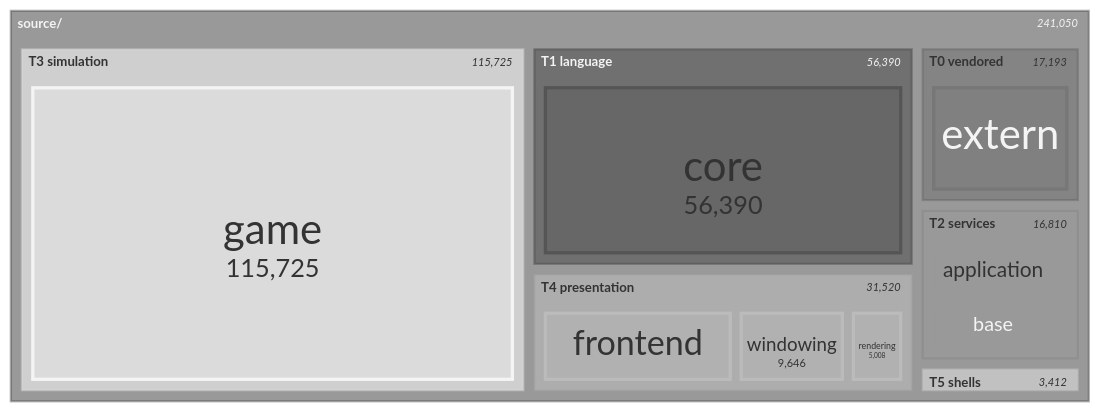
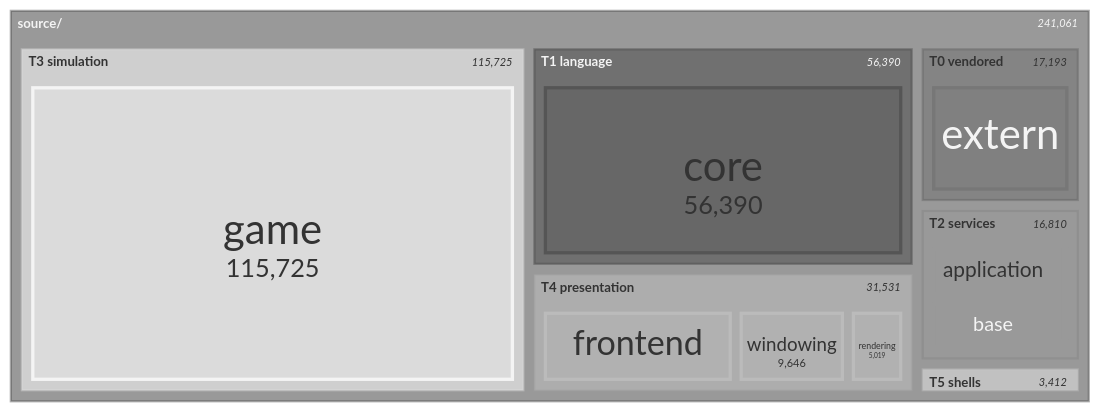
The seventh of 11 diagrams in docs/architecture/system-boundaries.md (apnex/OpenStarbound), drawn with Mermaid (neutral theme) before and after one commit. The commit also changed other lines of this file and 4 other files, not shown here.

````diff
--- a/docs/architecture/system-boundaries.md
+++ b/docs/architecture/system-boundaries.md
@@ -599,22 +599,22 @@
 ```mermaid
 treemap-beta
 "source/"
     "T0 vendored"
         "extern": 17193
     "T1 language"
         "core": 56390
     "T2 services"
         "application": 7677
         "base": 7472
         "metrics": 1519
         "platform": 142
     "T3 simulation"
         "game": 115725
     "T4 presentation"
         "frontend": 16866
         "windowing": 9646
-        "rendering": 5008
+        "rendering": 5019
     "T5 shells"
         "client": 2629
         "server": 783
 ```
````
